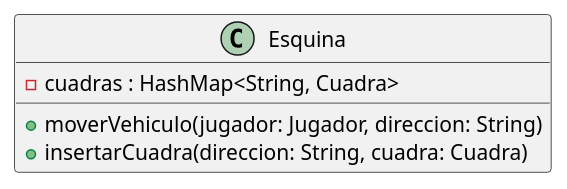
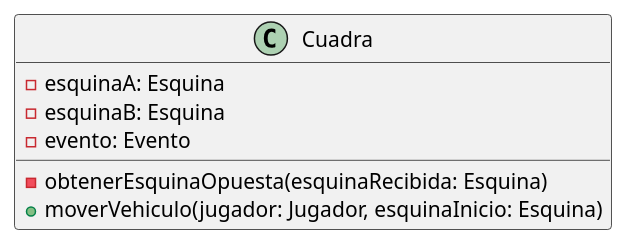
Before and after one commit to TP2Algo3FIUBA/tp2: the diagram in diagrams/classes/cuadra.plantuml, drawn with PlantUML. The commit also changed 1 other file, not shown here.

Commit message:
Diagrama clase Cuadra (fix) Uml

```diff
--- a/diagrams/classes/cuadra.plantuml
+++ b/diagrams/classes/cuadra.plantuml
@@ -1,9 +1,11 @@
 @startuml
 
-    class Esquina {
-         -cuadras : HashMap<String, Cuadra>
-         +moverVehiculo(jugador: Jugador, direccion: String)
-         +insertarCuadra(direccion: String, cuadra: Cuadra)
+    class Cuadra {
+         -esquinaA: Esquina
+         -esquinaB: Esquina
+         -evento: Evento
+         -obtenerEsquinaOpuesta(esquinaRecibida: Esquina)
+         +moverVehiculo(jugador: Jugador, esquinaInicio: Esquina)
     }
 
 @enduml
```
